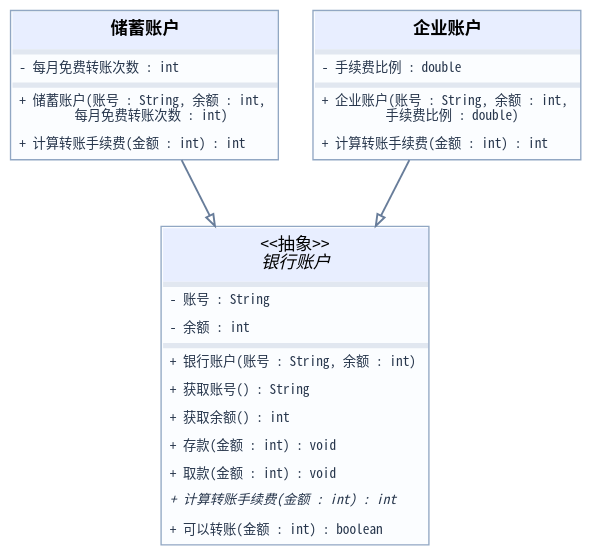
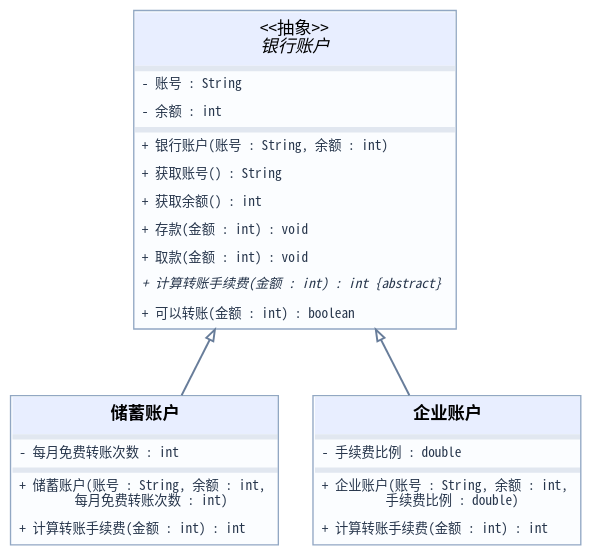
One commit to edetroll/java-oop changed the diagram in content/chapters/10-absztrakt-osztalyok/media/task-bank-zh.dot. Above: the diagram before and after it, drawn with Graphviz. The commit also changed 41 other files, not shown here.

```diff
--- a/content/chapters/10-absztrakt-osztalyok/media/task-bank-zh.dot
+++ b/content/chapters/10-absztrakt-osztalyok/media/task-bank-zh.dot
@@ -1,8 +1,8 @@
-digraph UML { graph [rankdir=TB,bgcolor="transparent",pad="0.12",nodesep="0.36",ranksep="0.7",splines=polyline];
+digraph UML { graph [rankdir=BT,bgcolor="transparent",pad="0.12",nodesep="0.36",ranksep="0.7",splines=polyline];
 node [shape=plain]; edge [color="#687d9a",penwidth=1.45,arrowsize=0.85];
-"银行账户" [label=<<TABLE BORDER="1" CELLBORDER="0" CELLSPACING="0" COLOR="#91a7c3" BGCOLOR="#fbfdff"><TR><TD BGCOLOR="#e8eeff" CELLPADDING="7"><FONT FACE="Noto Sans Mono CJK SC" POINT-SIZE="13">&lt;&lt;抽象&gt;&gt;<BR/><I>银行账户</I></FONT></TD></TR><TR><TD BGCOLOR="#e1e7f0" HEIGHT="2"></TD></TR><TR><TD ALIGN="LEFT" CELLPADDING="5"><FONT FACE="Noto Sans Mono CJK SC" POINT-SIZE="10" COLOR="#27364c">- 账号 : String</FONT></TD></TR><TR><TD ALIGN="LEFT" CELLPADDING="5"><FONT FACE="Noto Sans Mono CJK SC" POINT-SIZE="10" COLOR="#27364c">- 余额 : int</FONT></TD></TR><TR><TD BGCOLOR="#e1e7f0" HEIGHT="2"></TD></TR><TR><TD ALIGN="LEFT" CELLPADDING="5"><FONT FACE="Noto Sans Mono CJK SC" POINT-SIZE="10" COLOR="#27364c">+ 银行账户(账号 : String, 余额 : int)</FONT></TD></TR><TR><TD ALIGN="LEFT" CELLPADDING="5"><FONT FACE="Noto Sans Mono CJK SC" POINT-SIZE="10" COLOR="#27364c">+ 获取账号() : String</FONT></TD></TR><TR><TD ALIGN="LEFT" CELLPADDING="5"><FONT FACE="Noto Sans Mono CJK SC" POINT-SIZE="10" COLOR="#27364c">+ 获取余额() : int</FONT></TD></TR><TR><TD ALIGN="LEFT" CELLPADDING="5"><FONT FACE="Noto Sans Mono CJK SC" POINT-SIZE="10" COLOR="#27364c">+ 存款(金额 : int) : void</FONT></TD></TR><TR><TD ALIGN="LEFT" CELLPADDING="5"><FONT FACE="Noto Sans Mono CJK SC" POINT-SIZE="10" COLOR="#27364c">+ 取款(金额 : int) : void</FONT></TD></TR><TR><TD ALIGN="LEFT" CELLPADDING="5"><FONT FACE="Noto Sans Mono CJK SC" POINT-SIZE="10" COLOR="#27364c"><I>+ 计算转账手续费(金额 : int) : int</I></FONT></TD></TR><TR><TD ALIGN="LEFT" CELLPADDING="5"><FONT FACE="Noto Sans Mono CJK SC" POINT-SIZE="10" COLOR="#27364c">+ 可以转账(金额 : int) : boolean</FONT></TD></TR></TABLE>>];
+"银行账户" [label=<<TABLE BORDER="1" CELLBORDER="0" CELLSPACING="0" COLOR="#91a7c3" BGCOLOR="#fbfdff"><TR><TD BGCOLOR="#e8eeff" CELLPADDING="7"><FONT FACE="Noto Sans Mono CJK SC" POINT-SIZE="13">&lt;&lt;抽象&gt;&gt;<BR/><I>银行账户</I></FONT></TD></TR><TR><TD BGCOLOR="#e1e7f0" HEIGHT="2"></TD></TR><TR><TD ALIGN="LEFT" CELLPADDING="5"><FONT FACE="Noto Sans Mono CJK SC" POINT-SIZE="10" COLOR="#27364c">- 账号 : String</FONT></TD></TR><TR><TD ALIGN="LEFT" CELLPADDING="5"><FONT FACE="Noto Sans Mono CJK SC" POINT-SIZE="10" COLOR="#27364c">- 余额 : int</FONT></TD></TR><TR><TD BGCOLOR="#e1e7f0" HEIGHT="2"></TD></TR><TR><TD ALIGN="LEFT" CELLPADDING="5"><FONT FACE="Noto Sans Mono CJK SC" POINT-SIZE="10" COLOR="#27364c">+ 银行账户(账号 : String, 余额 : int)</FONT></TD></TR><TR><TD ALIGN="LEFT" CELLPADDING="5"><FONT FACE="Noto Sans Mono CJK SC" POINT-SIZE="10" COLOR="#27364c">+ 获取账号() : String</FONT></TD></TR><TR><TD ALIGN="LEFT" CELLPADDING="5"><FONT FACE="Noto Sans Mono CJK SC" POINT-SIZE="10" COLOR="#27364c">+ 获取余额() : int</FONT></TD></TR><TR><TD ALIGN="LEFT" CELLPADDING="5"><FONT FACE="Noto Sans Mono CJK SC" POINT-SIZE="10" COLOR="#27364c">+ 存款(金额 : int) : void</FONT></TD></TR><TR><TD ALIGN="LEFT" CELLPADDING="5"><FONT FACE="Noto Sans Mono CJK SC" POINT-SIZE="10" COLOR="#27364c">+ 取款(金额 : int) : void</FONT></TD></TR><TR><TD ALIGN="LEFT" CELLPADDING="5"><FONT FACE="Noto Sans Mono CJK SC" POINT-SIZE="10" COLOR="#27364c"><I>+ 计算转账手续费(金额 : int) : int {abstract}</I></FONT></TD></TR><TR><TD ALIGN="LEFT" CELLPADDING="5"><FONT FACE="Noto Sans Mono CJK SC" POINT-SIZE="10" COLOR="#27364c">+ 可以转账(金额 : int) : boolean</FONT></TD></TR></TABLE>>];
 "储蓄账户" [label=<<TABLE BORDER="1" CELLBORDER="0" CELLSPACING="0" COLOR="#91a7c3" BGCOLOR="#fbfdff"><TR><TD BGCOLOR="#e8eeff" CELLPADDING="7"><FONT FACE="Noto Sans Mono CJK SC" POINT-SIZE="13"><B>储蓄账户</B></FONT></TD></TR><TR><TD BGCOLOR="#e1e7f0" HEIGHT="2"></TD></TR><TR><TD ALIGN="LEFT" CELLPADDING="5"><FONT FACE="Noto Sans Mono CJK SC" POINT-SIZE="10" COLOR="#27364c">- 每月免费转账次数 : int</FONT></TD></TR><TR><TD BGCOLOR="#e1e7f0" HEIGHT="2"></TD></TR><TR><TD ALIGN="LEFT" CELLPADDING="5"><FONT FACE="Noto Sans Mono CJK SC" POINT-SIZE="10" COLOR="#27364c">+ 储蓄账户(账号 : String, 余额 : int,<BR ALIGN="LEFT"/>    每月免费转账次数 : int)</FONT></TD></TR><TR><TD ALIGN="LEFT" CELLPADDING="5"><FONT FACE="Noto Sans Mono CJK SC" POINT-SIZE="10" COLOR="#27364c">+ 计算转账手续费(金额 : int) : int</FONT></TD></TR></TABLE>>];
 "企业账户" [label=<<TABLE BORDER="1" CELLBORDER="0" CELLSPACING="0" COLOR="#91a7c3" BGCOLOR="#fbfdff"><TR><TD BGCOLOR="#e8eeff" CELLPADDING="7"><FONT FACE="Noto Sans Mono CJK SC" POINT-SIZE="13"><B>企业账户</B></FONT></TD></TR><TR><TD BGCOLOR="#e1e7f0" HEIGHT="2"></TD></TR><TR><TD ALIGN="LEFT" CELLPADDING="5"><FONT FACE="Noto Sans Mono CJK SC" POINT-SIZE="10" COLOR="#27364c">- 手续费比例 : double</FONT></TD></TR><TR><TD BGCOLOR="#e1e7f0" HEIGHT="2"></TD></TR><TR><TD ALIGN="LEFT" CELLPADDING="5"><FONT FACE="Noto Sans Mono CJK SC" POINT-SIZE="10" COLOR="#27364c">+ 企业账户(账号 : String, 余额 : int,<BR ALIGN="LEFT"/>    手续费比例 : double)</FONT></TD></TR><TR><TD ALIGN="LEFT" CELLPADDING="5"><FONT FACE="Noto Sans Mono CJK SC" POINT-SIZE="10" COLOR="#27364c">+ 计算转账手续费(金额 : int) : int</FONT></TD></TR></TABLE>>];
 "储蓄账户" -> "银行账户" [arrowhead=empty];
 "企业账户" -> "银行账户" [arrowhead=empty];
 }
```
